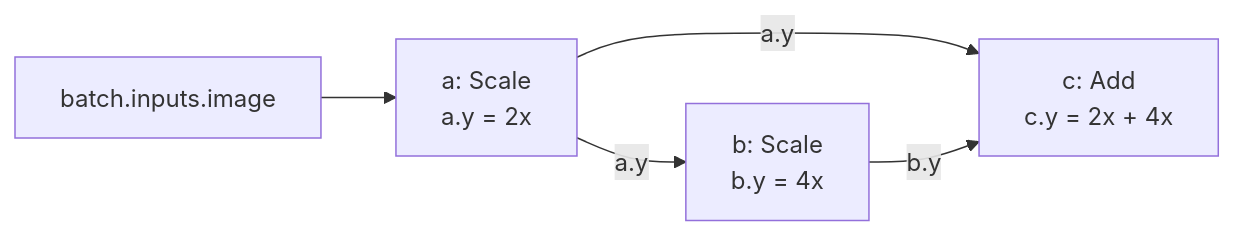
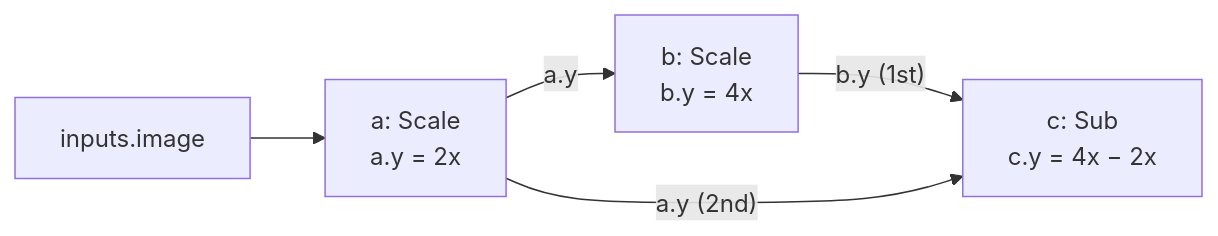
Before and after one commit to tile-and-error/imagenet-classification: the fifth of 5 diagrams in COMMIT.md, drawn with Mermaid. The commit also changed other lines of this file and 2 other files, not shown here.

````diff
--- a/COMMIT.md
+++ b/COMMIT.md
@@ -234,7 +274,7 @@
 ```mermaid
 flowchart LR
-    X["batch.inputs.image"] --> A["a: Scale<br/>a.y = 2x"]
+    X["inputs.image"] --> A["a: Scale<br/>a.y = 2x"]
     A -- "a.y" --> B["b: Scale<br/>b.y = 4x"]
-    A -- "a.y" --> C["c: Add<br/>c.y = 2x + 4x"]
-    B -- "b.y" --> C
+    B -- "b.y (1st)" --> C["c: Sub<br/>c.y = 4x − 2x"]
+    A -- "a.y (2nd)" --> C
 ```
````
